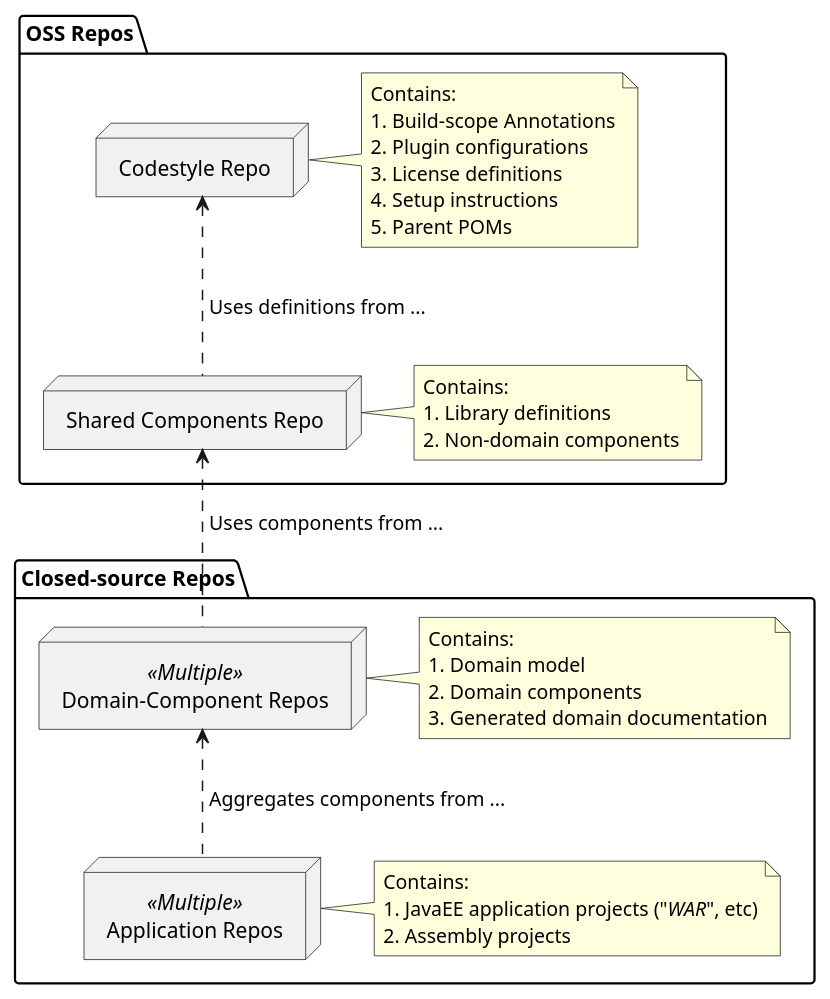
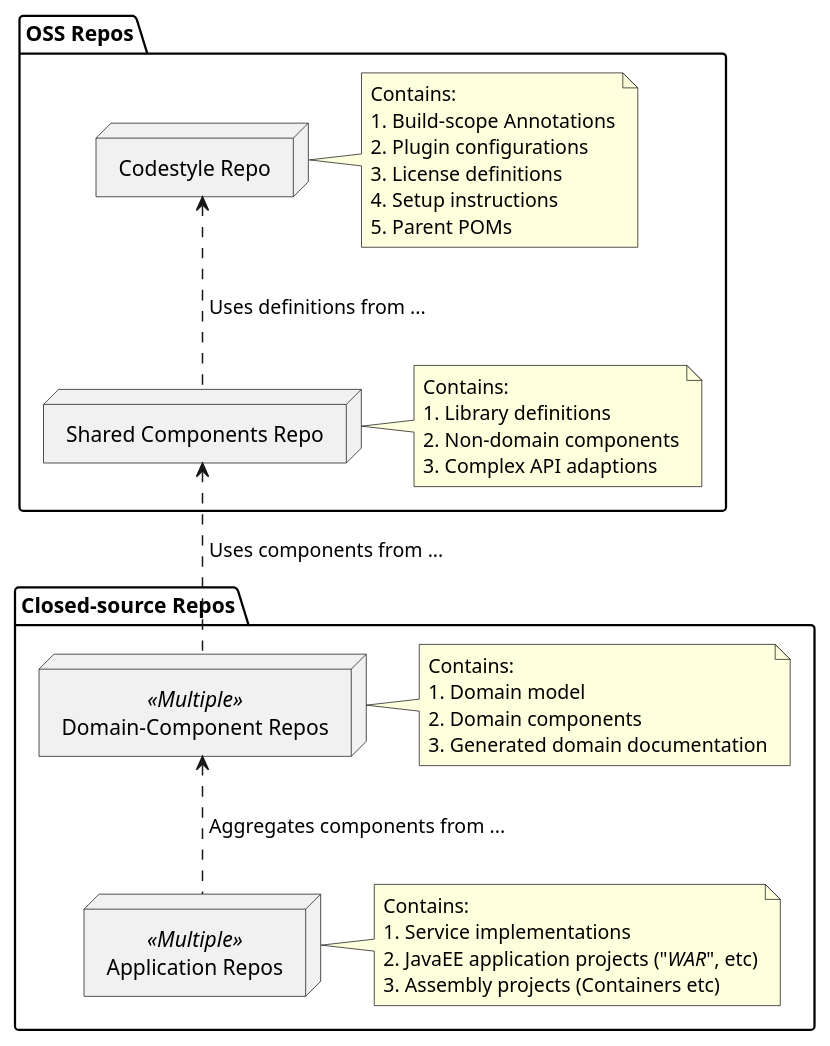
One commit to etraveli/etraveli_codestyle changed the diagram in src/site/plantuml/repo_structure.puml. Above: the diagram before and after it, drawn with PlantUML. The commit also changed 2 other files, not shown here.

```diff
--- a/src/site/plantuml/repo_structure.puml
+++ b/src/site/plantuml/repo_structure.puml
@@ -4,59 +4,61 @@
 @startuml
 
     package "OSS Repos" {
 
         ' Parts
         '
         node "Codestyle Repo" as repoCodeStyle
         node "Shared Components Repo" as repoShared
 
         ' Relations
         '
         repoShared .up.> repoCodeStyle : " Uses definitions from ..."
 
         ' Notes
         '
         note right of repoCodeStyle {
             Contains:
             # Build-scope Annotations
             # Plugin configurations
             # License definitions
             # Setup instructions
             # Parent POMs
         }
 
         note right of repoShared {
             Contains:
             # Library definitions
             # Non-domain components
+            # Complex API adaptions
         }
     }
 
     package "Closed-source Repos" {
 
         ' Parts
         '
         node "Domain-Component Repos" <<Multiple>> as repoDomainComponents
         node "Application Repos" <<Multiple>> as repoApplications
 
         ' Relations
         '
         repoApplications .up.> repoDomainComponents : " Aggregates components from ..."
         repoDomainComponents .up.> repoShared : " Uses components from ..."
 
         ' Notes
         '
         note right of repoDomainComponents {
             Contains:
             # Domain model
             # Domain components
             # Generated domain documentation
         }
 
         note right of repoApplications {
             Contains:
+            # Service implementations
             # JavaEE application projects ("<i>WAR</i>", etc)
-            # Assembly projects
+            # Assembly projects (Containers etc)
         }
     }
 @enduml
```
